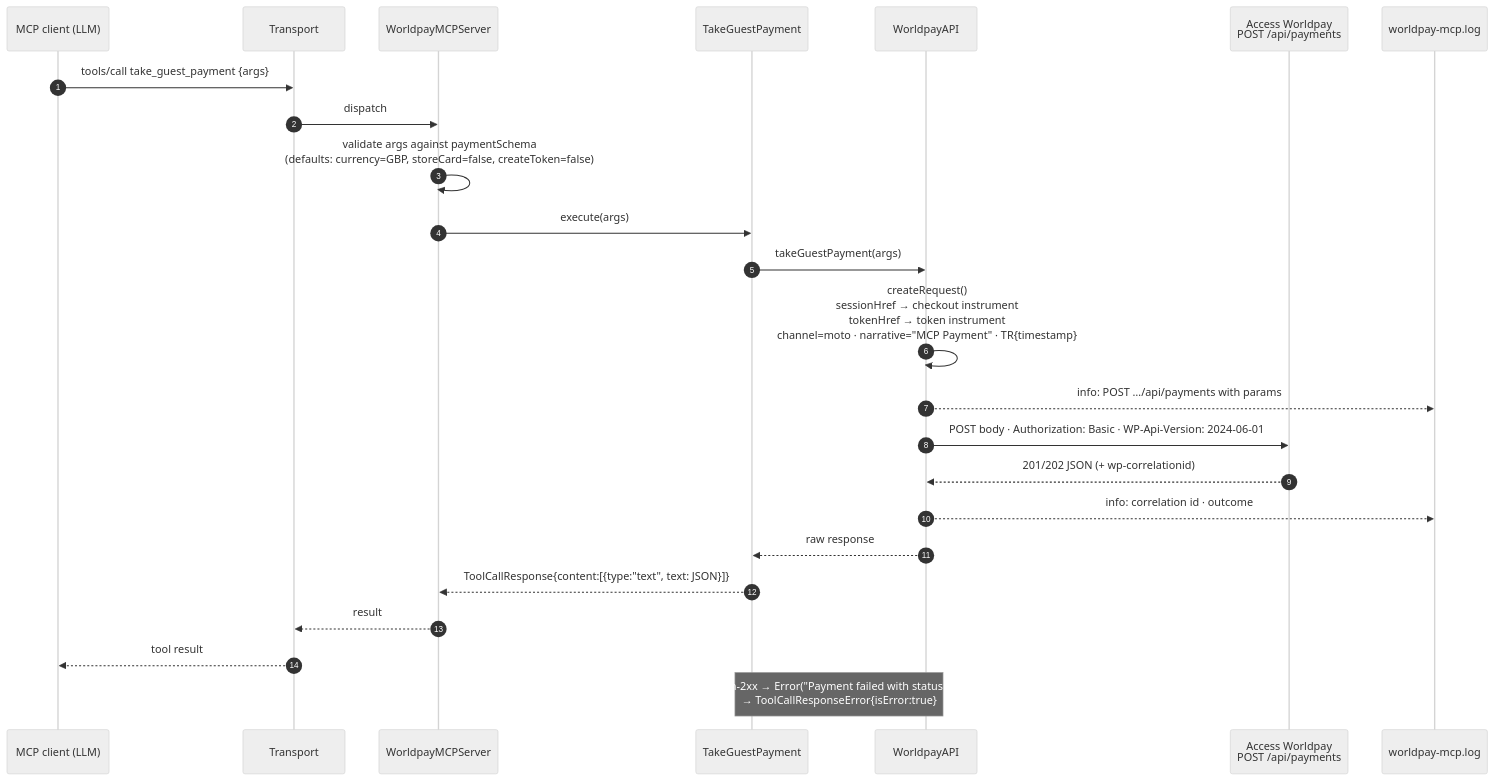
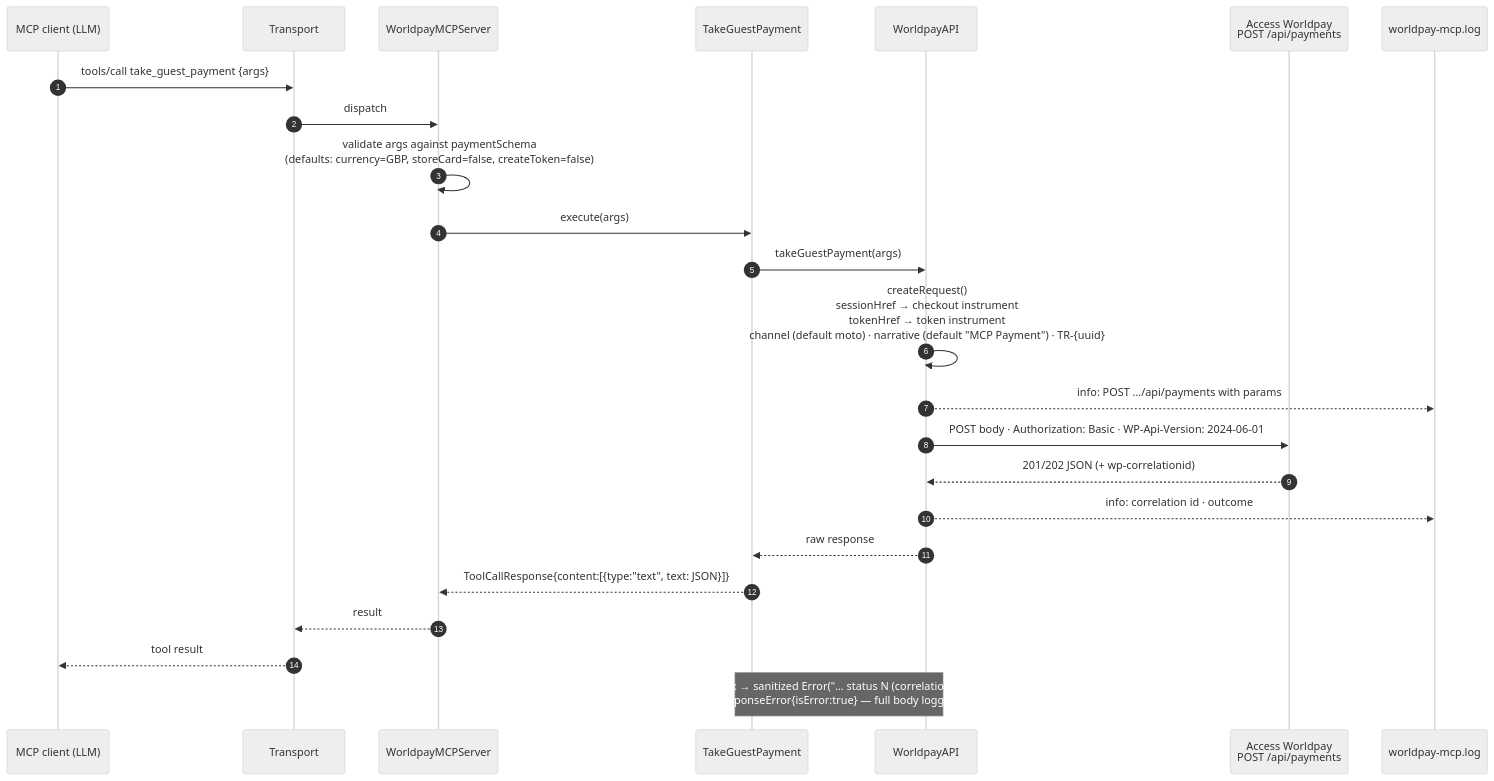
Before and after one commit to davendra/worldpay-mcp: the second of 2 diagrams in README.md, drawn with Mermaid (neutral theme). The commit also changed other lines of this file and 7 other files, not shown here.

````diff
--- a/README.md
+++ b/README.md
@@ -121,27 +122,27 @@
 ```mermaid
 sequenceDiagram
     autonumber
     participant C as MCP client (LLM)
     participant T as Transport
     participant S as WorldpayMCPServer
     participant X as TakeGuestPayment
     participant A as WorldpayAPI
     participant W as Access Worldpay<br/>POST /api/payments
     participant L as worldpay-mcp.log
 
     C->>T: tools/call take_guest_payment {args}
     T->>S: dispatch
     S->>S: validate args against paymentSchema<br/>(defaults: currency=GBP, storeCard=false, createToken=false)
     S->>X: execute(args)
     X->>A: takeGuestPayment(args)
-    A->>A: createRequest()<br/>sessionHref → checkout instrument<br/>tokenHref → token instrument<br/>channel=moto · narrative="MCP Payment" · TR{timestamp}
+    A->>A: createRequest()<br/>sessionHref → checkout instrument<br/>tokenHref → token instrument<br/>channel (default moto) · narrative (default "MCP Payment") · TR-{uuid}
     A-->>L: info: POST …/api/payments with params
     A->>W: POST body · Authorization: Basic · WP-Api-Version: 2024-06-01
     W-->>A: 201/202 JSON (+ wp-correlationid)
     A-->>L: info: correlation id · outcome
     A-->>X: raw response
     X-->>S: ToolCallResponse{content:[{type:"text", text: JSON}]}
     S-->>T: result
     T-->>C: tool result
-    Note over A,X: non-2xx → Error("Payment failed with status …")<br/>→ ToolCallResponseError{isError:true}
+    Note over A,X: non-2xx → sanitized Error("… status N (correlationId …)")<br/>→ ToolCallResponseError{isError:true} — full body logged server-side
 ```
````
